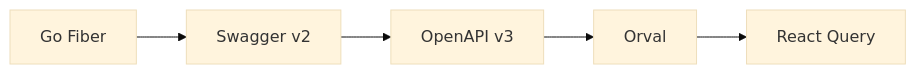
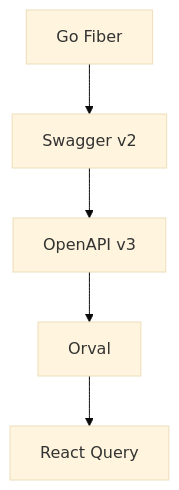
One commit to keu-5/techblog-v2 changed the fourth of 4 diagrams in content/Next.js/api-client-automation.md. Above: the diagram before and after it, drawn with Mermaid (base theme). The commit also changed other lines of this file and 1 other file, not shown here.

````diff
--- a/content/Next.js/api-client-automation.md
+++ b/content/Next.js/api-client-automation.md
@@ -1576,7 +1577,8 @@
 ```mermaid
-graph LR
-    A[Go Fiber] --> B[Swagger v2]
-    B --> C[OpenAPI v3]
-    C --> D[Orval]
-    D --> E[React Query]
+graph TD
+    A["Go Fiber"]
+        --> B["Swagger v2"]
+    B --> C["OpenAPI v3"]
+    C --> D["Orval"]
+    D --> E["React Query"]
 ```
````
